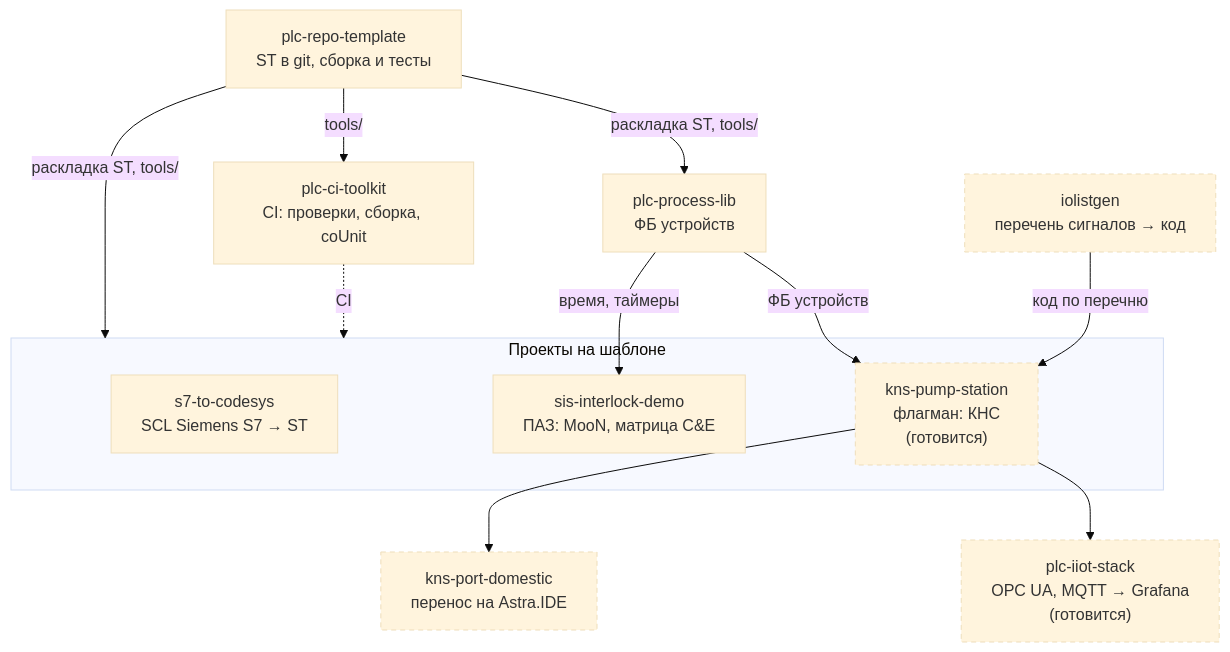
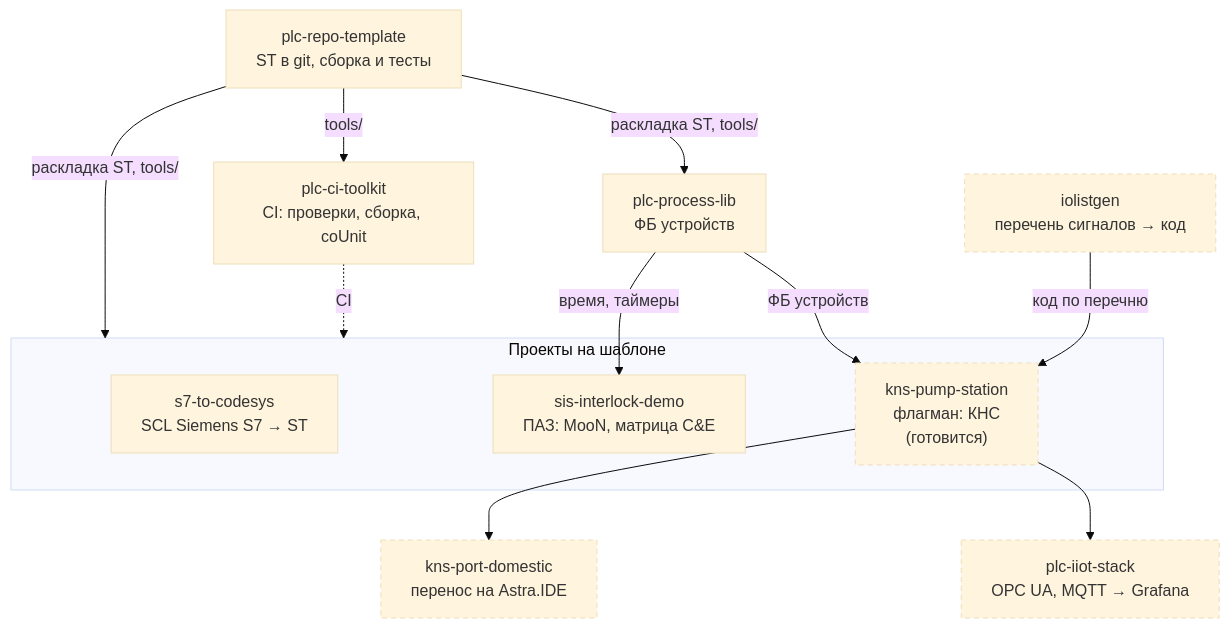
One commit to kr0nsch/kr0nsch changed the diagram in README.md. Above: the diagram before and after it, drawn with Mermaid (base theme). The commit also changed other lines of this file, not shown here.

Commit message:
docs: plc-iiot-stack опубликован

````diff
--- a/README.md
+++ b/README.md
@@ -58,29 +60,29 @@
 ```mermaid
 flowchart TB
     tpl["plc-repo-template<br/>ST в git, сборка и тесты"]
     ci["plc-ci-toolkit<br/>CI: проверки, сборка, coUnit"]
     lib["plc-process-lib<br/>ФБ устройств"]
     io["iolistgen<br/>перечень сигналов → код"]
 
     subgraph apps["Проекты на шаблоне"]
         s7["s7-to-codesys<br/>SCL Siemens S7 → ST"]
         sis["sis-interlock-demo<br/>ПАЗ: MooN, матрица C&E"]
         kns["kns-pump-station<br/>флагман: КНС<br/>(готовится)"]
     end
 
     port["kns-port-domestic<br/>перенос на Astra.IDE"]
-    iiot["plc-iiot-stack<br/>OPC UA, MQTT → Grafana<br/>(готовится)"]
+    iiot["plc-iiot-stack<br/>OPC UA, MQTT → Grafana"]
 
     tpl -- "tools/" --> ci
     tpl -- "раскладка ST, tools/" --> lib
     tpl -- "раскладка ST, tools/" --> apps
     ci -.->|"CI"| apps
     lib -- "время, таймеры" --> sis
     lib -- "ФБ устройств" --> kns
     io -- "код по перечню" --> kns
     kns --> port
     kns --> iiot
 
     classDef prep stroke-dasharray: 5 4
     class io,kns,port,iiot prep
 ```
````
